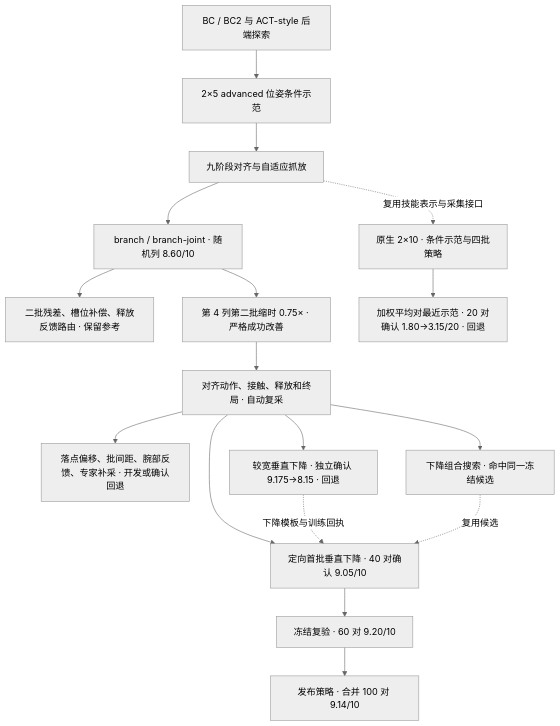
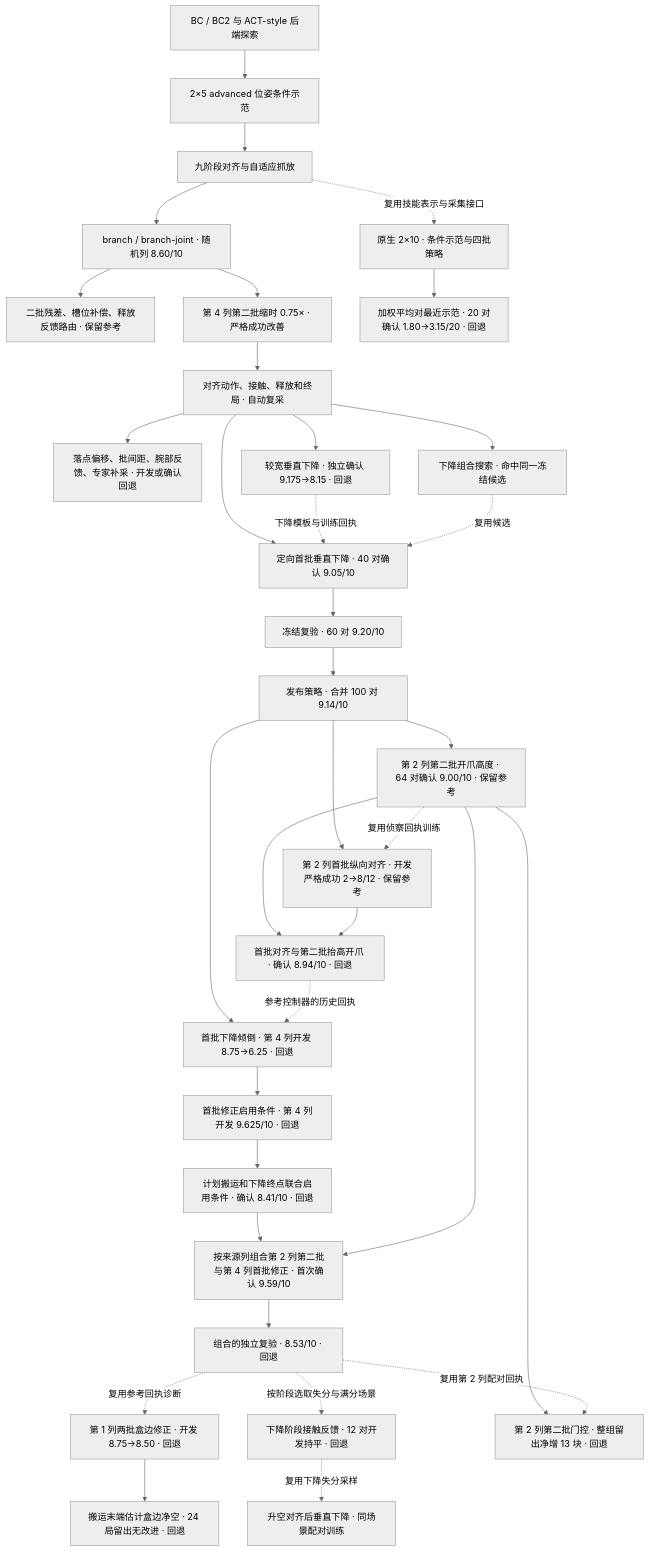
Before and after one commit to haiyouxiaji/a3-agent-optimizer: the second of 2 diagrams in docs/A3_EXPERIMENT_TREE.md, drawn with Mermaid (neutral theme). The commit also changed other lines of this file and 50 other files, not shown here.

````diff
--- a/docs/A3_EXPERIMENT_TREE.md
+++ b/docs/A3_EXPERIMENT_TREE.md
@@ -19,19 +19,37 @@
 ```mermaid
 flowchart TD
     BC["BC / BC2 与 ACT-style 后端探索"] --> ADV["2×5 advanced 位姿条件示范"]
     ADV --> PH["九阶段对齐与自适应抓放"]
     PH --> BJ["branch / branch-joint · 随机列 8.60/10"]
     BJ --> REL["二批残差、槽位补偿、释放反馈路由 · 保留参考"]
     BJ --> TIM["第 4 列第二批缩时 0.75× · 严格成功改善"]
     TIM --> DIAG["对齐动作、接触、释放和终局 · 自动复采"]
     DIAG --> OFF["落点偏移、批间距、腕部反馈、专家补采 · 开发或确认回退"]
     DIAG --> WIDE["较宽垂直下降 · 独立确认 9.175→8.15 · 回退"]
     DIAG --> FOCUS["定向首批垂直下降 · 40 对确认 9.05/10"]
     WIDE -.->|下降模板与训练回执| FOCUS
     DIAG --> DUP["下降组合搜索 · 命中同一冻结候选"]
     DUP -.->|复用候选| FOCUS
     FOCUS --> REP["冻结复验 · 60 对 9.20/10"]
     REP --> BEST["发布策略 · 合并 100 对 9.14/10"]
+    BEST --> HOVER["第 2 列第二批开爪高度 · 64 对确认 9.00/10 · 保留参考"]
+    BEST --> ROW["第 2 列首批纵向对齐 · 开发严格成功 2→8/12 · 保留参考"]
+    HOVER -.->|复用侦察回执训练| ROW
+    HOVER --> COMPOSE["首批对齐与第二批抬高开爪 · 确认 8.94/10 · 回退"]
+    ROW --> COMPOSE
+    BEST --> FIRSTHOVER["首批下降倾倒 · 第 4 列开发 8.75→6.25 · 回退"]
+    COMPOSE -.->|参考控制器的历史回执| FIRSTHOVER
+    FIRSTHOVER --> GUARD["首批修正启用条件 · 第 4 列开发 9.625/10 · 回退"]
+    GUARD --> PROJECT["计划搬运和下降终点联合启用条件 · 确认 8.41/10 · 回退"]
+    PROJECT --> ROUTED["按来源列组合第 2 列第二批与第 4 列首批修正 · 首次确认 9.59/10"]
+    HOVER --> ROUTED
+    ROUTED --> ROUTEDREP["组合的独立复验 · 8.53/10 · 回退"]
+    ROUTEDREP -.->|复用参考回执诊断| WALL["第 1 列两批盒边修正 · 开发 8.75→8.50 · 回退"]
+    WALL --> SENSE["搬运末端估计盒边净空 · 24 局留出无改进 · 回退"]
+    ROUTEDREP -.->|按阶段选取失分与满分场景| FORCE["下降阶段接触反馈 · 12 对开发持平 · 回退"]
+    HOVER --> LATE["第 2 列第二批门控 · 整组留出净增 13 块 · 回退"]
+    ROUTEDREP -.->|复用第 2 列配对回执| LATE
+    FORCE -.->|复用下降失分采样| STAGED["升空对齐后垂直下降 · 同场景配对训练"]
     PH -.->|复用技能表示与采集接口| TEN["原生 2×10 · 条件示范与四批策略"]
     TEN --> TR["加权平均对最近示范 · 20 对确认 1.80→3.15/20 · 回退"]
 ```
````
